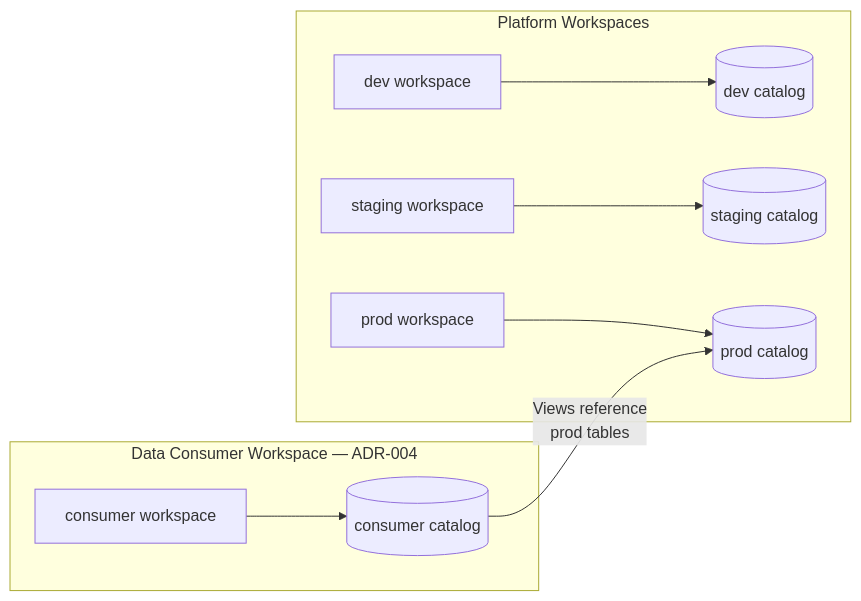
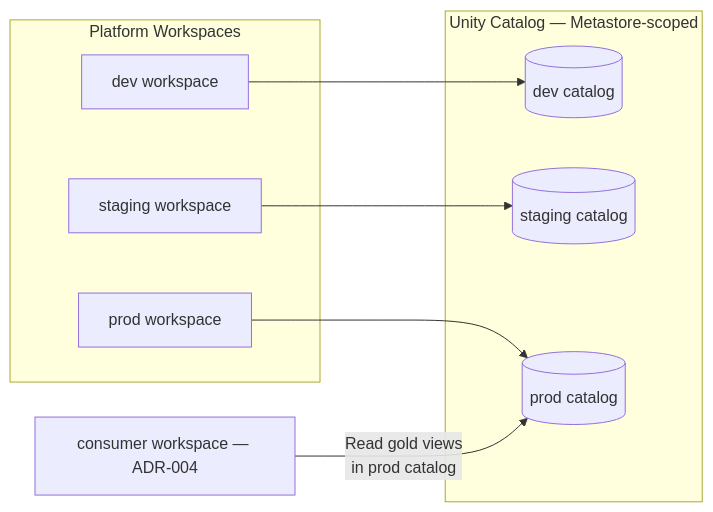
One commit to nobhri/azure-dbx-mock-platform changed the first of 4 diagrams in README.md. Above: the diagram before and after it, drawn with Mermaid. The commit also changed other lines of this file and 1 other file, not shown here.

Commit message:
docs(readme): fix workspace/catalog diagram — separate catalogs from workspaces, remove consumer catalog
Catalogs are Unity Catalog metastore-scoped resources, not workspace-internal objects.
Updated diagram to show workspaces and catalogs in separate subgraphs.
Consumer workspace now reads gold views directly from prod catalog (no consumer catalog).
Updated ADR-004 summary to be consistent with the new diagram.

````diff
--- a/README.md
+++ b/README.md
@@ -27,14 +27,22 @@
 ```mermaid
 flowchart LR
     subgraph Platform["Platform Workspaces"]
-        WD[dev workspace]     --> CD[(dev catalog)]
-        WS[staging workspace] --> CS[(staging catalog)]
-        WP[prod workspace]    --> CP[(prod catalog)]
+        WD[dev workspace]
+        WS[staging workspace]
+        WP[prod workspace]
     end
 
-    subgraph Consumer["Data Consumer Workspace — ADR-004"]
-        WC[consumer workspace] --> CC[(consumer catalog)]
+    subgraph UC["Unity Catalog — Metastore-scoped"]
+        CD[(dev catalog)]
+        CS[(staging catalog)]
+        CP[(prod catalog)]
     end
 
-    CC -->|"Views reference<br>prod tables"| CP
+    WC[consumer workspace — ADR-004]
+
+    WD --> CD
+    WS --> CS
+    WP --> CP
+
+    WC -->|"Read gold views<br>in prod catalog"| CP
 ```
````
